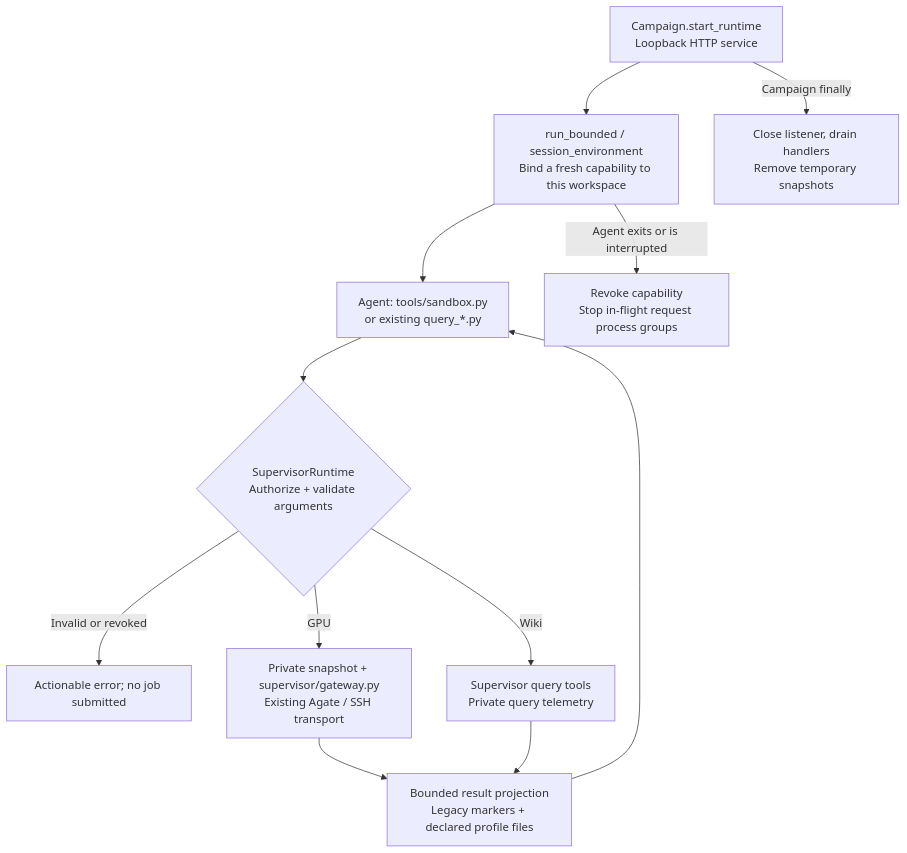
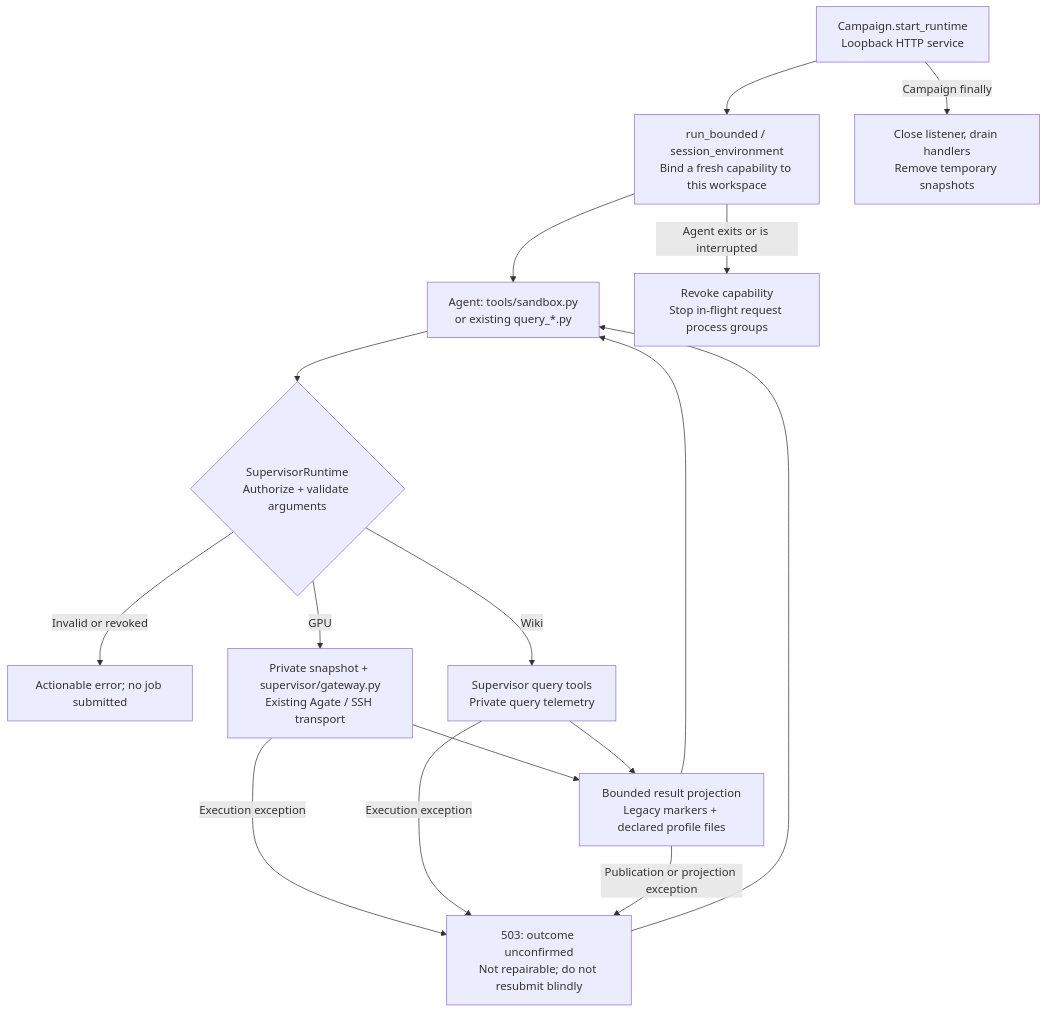
The diagram in docs/supervisor-runtime.md (alibaba/atrex-kernel-agent), drawn with Mermaid before and after one commit. The commit also changed other lines of this file and 15 other files, not shown here.

````diff
--- a/docs/supervisor-runtime.md
+++ b/docs/supervisor-runtime.md
@@ -9,14 +9,18 @@
 ```mermaid
 flowchart TD
     C["Campaign.start_runtime<br/>Loopback HTTP service"] --> S["run_bounded / session_environment<br/>Bind a fresh capability to this workspace"]
     S --> A["Agent: tools/sandbox.py<br/>or existing query_*.py"]
     A --> V{"SupervisorRuntime<br/>Authorize + validate arguments"}
     V -->|Invalid or revoked| E["Actionable error; no job submitted"]
     V -->|GPU| G["Private snapshot + supervisor/gateway.py<br/>Existing Agate / SSH transport"]
     V -->|Wiki| W["Supervisor query tools<br/>Private query telemetry"]
     G --> P["Bounded result projection<br/>Legacy markers + declared profile files"]
     W --> P
     P --> A
+    G -->|Execution exception| U["503: outcome unconfirmed<br/>Not repairable; do not resubmit blindly"]
+    W -->|Execution exception| U
+    P -->|Publication or projection exception| U
+    U --> A
     S -->|Agent exits or is interrupted| R["Revoke capability<br/>Stop in-flight request process groups"]
     C -->|Campaign finally| X["Close listener, drain handlers<br/>Remove temporary snapshots"]
 ```
````
